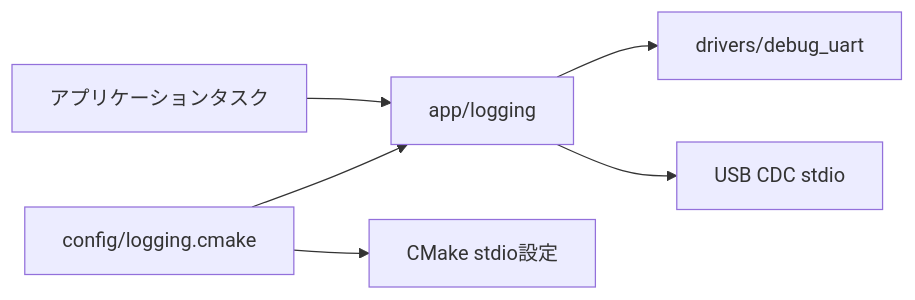
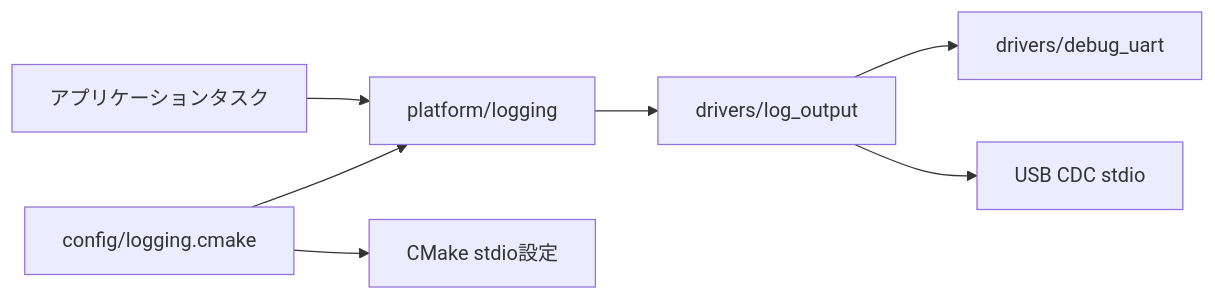
Before and after one commit to starkensan/usb_midi_pedal: the first of 2 diagrams in docs/designs/logging.md, drawn with Mermaid. The commit also changed other lines of this file and 16 other files, not shown here.

````diff
--- a/docs/designs/logging.md
+++ b/docs/designs/logging.md
@@ -31,8 +31,9 @@
 ```mermaid
 flowchart LR
-    app[アプリケーションタスク] --> logging[app/logging]
-    logging --> uart[drivers/debug_uart]
-    logging --> usb[USB CDC stdio]
+    app[アプリケーションタスク] --> logging[platform/logging]
+    logging --> output[drivers/log_output]
+    output --> uart[drivers/debug_uart]
+    output --> usb[USB CDC stdio]
     config[config/logging.cmake] --> logging
     config --> build[CMake stdio設定]
 ```
````
